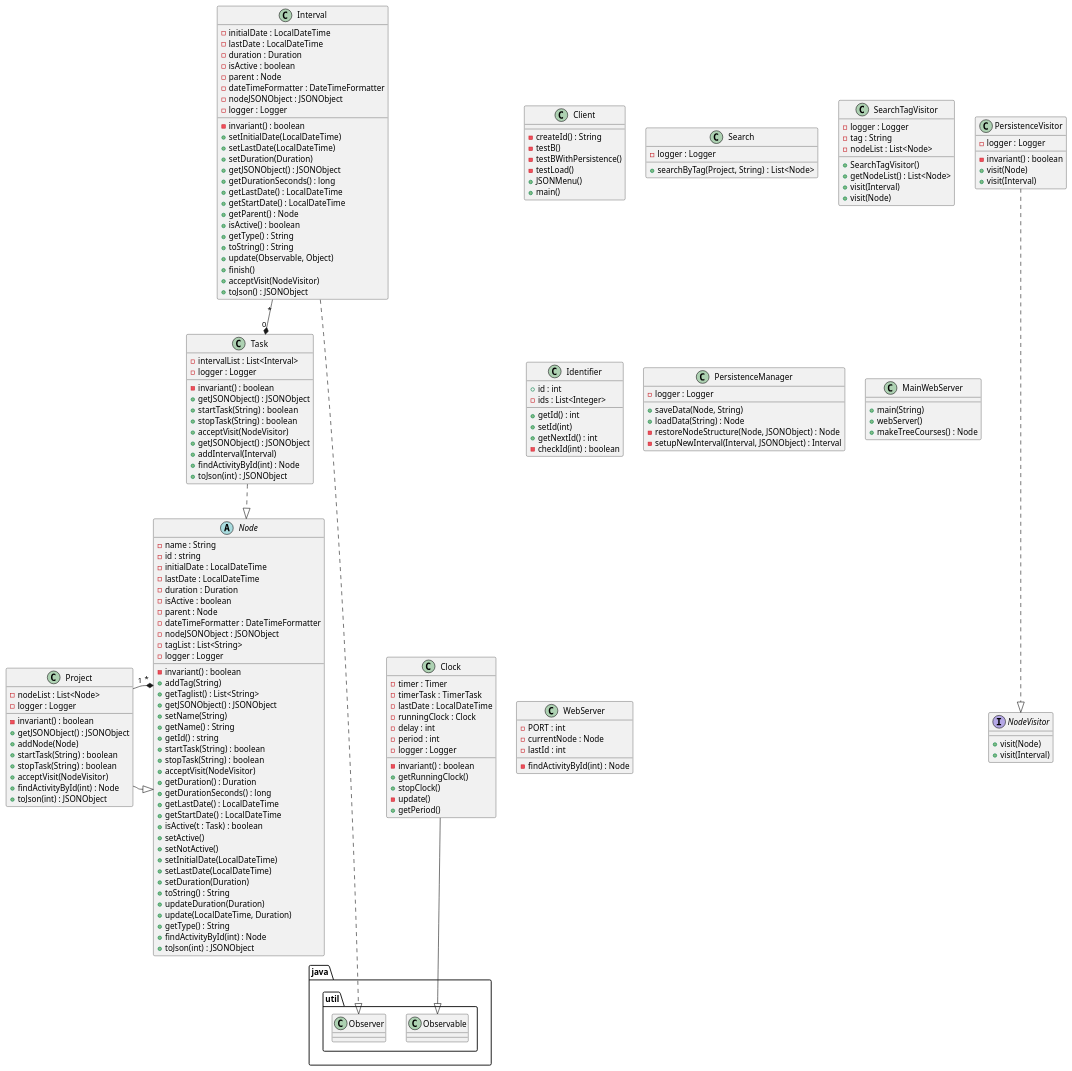
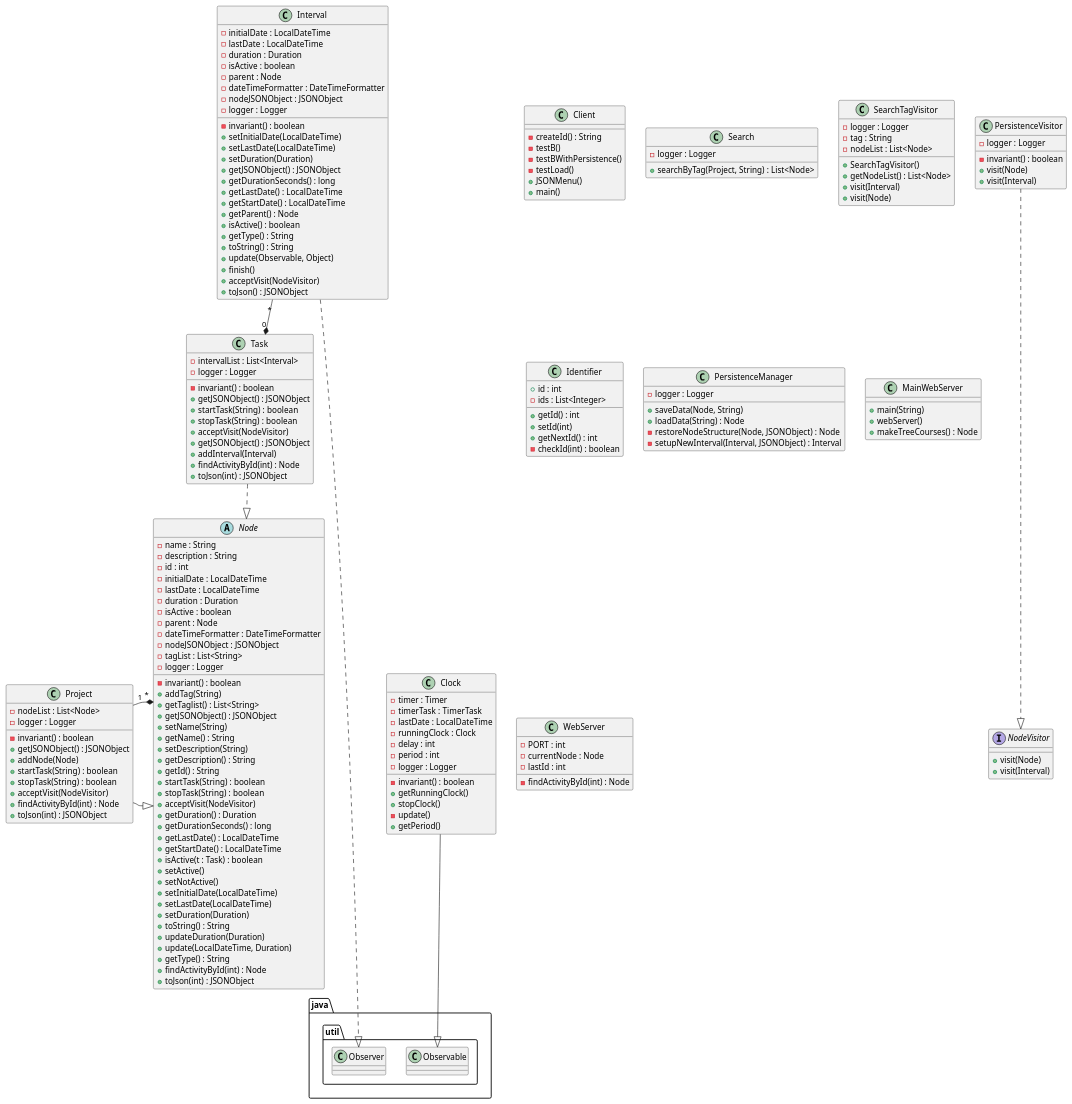
Before and after one commit to gonzaloarilla/DS_TimeTracker: the diagram in src/uml.puml, drawn with PlantUML. The commit also changed 7 other files, not shown here.

Commit message:
- Changes in classes to add Descriptions - Now we update tags when a new node is created - UML updated

```diff
--- a/src/uml.puml
+++ b/src/uml.puml
@@ -1,186 +1,189 @@
 @startuml
 class Client {
 - createId() : String
 - testB()
 - testBWithPersistence()
 - testLoad()
 + JSONMenu()
 + main()
 }
 
 class Search{
 - logger : Logger
 + searchByTag(Project, String) : List<Node>
 }
 
 class SearchTagVisitor{
 - logger : Logger
 - tag : String
 - nodeList : List<Node>
 + SearchTagVisitor()
 + getNodeList() : List<Node>
 + visit(Interval)
 + visit(Node)
 }
 
 abstract Node {
 - name : String
-- id : string
+- description : String
+- id : int
 - initialDate : LocalDateTime
 - lastDate : LocalDateTime
 - duration : Duration
 - isActive : boolean
 - parent : Node
 - dateTimeFormatter : DateTimeFormatter
 - nodeJSONObject : JSONObject
 - tagList : List<String>
 - logger : Logger
 - invariant() : boolean
 + addTag(String)
 + getTaglist() : List<String>
 + getJSONObject() : JSONObject
 + setName(String)
 + getName() : String
-+ getId() : string
++ setDescription(String)
++ getDescription() : String
++ getId() : String
 + startTask(String) : boolean
 + stopTask(String) : boolean
 + acceptVisit(NodeVisitor)
 + getDuration() : Duration
 + getDurationSeconds() : long
 + getLastDate() : LocalDateTime
 + getStartDate() : LocalDateTime
 + isActive(t : Task) : boolean
 + setActive()
 + setNotActive()
 + setInitialDate(LocalDateTime)
 + setLastDate(LocalDateTime)
 + setDuration(Duration)
 + toString() : String
 + updateDuration(Duration)
 + update(LocalDateTime, Duration)
 + getType() : String
 + findActivityById(int) : Node
 + toJson(int) : JSONObject
 
 }
 
 class Project {
 - nodeList : List<Node>
 - logger : Logger
 - invariant() : boolean
 + getJSONObject() : JSONObject
 + addNode(Node)
 + startTask(String) : boolean
 + stopTask(String) : boolean
 + acceptVisit(NodeVisitor)
 + findActivityById(int) : Node
 + toJson(int) : JSONObject
 }
 
 class Task {
 - intervalList : List<Interval>
 - logger : Logger
 - invariant() : boolean
 + getJSONObject() : JSONObject
 + startTask(String) : boolean
 + stopTask(String) : boolean
 + acceptVisit(NodeVisitor)
 + getJSONObject() : JSONObject
 + addInterval(Interval)
 + findActivityById(int) : Node
 + toJson(int) : JSONObject
 }
 
 class Interval {
 - initialDate : LocalDateTime
 - lastDate : LocalDateTime
 - duration : Duration
 - isActive : boolean
 - parent : Node
 - dateTimeFormatter : DateTimeFormatter
 - nodeJSONObject : JSONObject
 - logger : Logger
 - invariant() : boolean
 + setInitialDate(LocalDateTime)
 + setLastDate(LocalDateTime)
 + setDuration(Duration)
 + getJSONObject() : JSONObject
 + getDurationSeconds() : long
 + getLastDate() : LocalDateTime
 + getStartDate() : LocalDateTime
 + getParent() : Node
 + isActive() : boolean
 + getType() : String
 + toString() : String
 + update(Observable, Object)
 + finish()
 + acceptVisit(NodeVisitor)
 + toJson() : JSONObject
 }
 
 class Clock {
 - timer : Timer
 - timerTask : TimerTask
 - lastDate : LocalDateTime
 - runningClock : Clock
 - delay : int
 - period : int
 - logger : Logger
 - invariant() : boolean
 + getRunningClock()
 + stopClock()
 - update()
 + getPeriod()
 
 }
 
 class Identifier {
 + id : int
 - ids : List<Integer>
 + getId() : int
 + setId(int)
 + getNextId() : int
 - checkId(int) : boolean
 }
 
 class PersistenceVisitor {
 - logger : Logger
 - invariant() : boolean
 + visit(Node)
 + visit(Interval)
 }
 
 interface NodeVisitor {
 + visit(Node)
 + visit(Interval)
 }
 
 class PersistenceManager {
 - logger : Logger
 + saveData(Node, String)
 + loadData(String) : Node
 - restoreNodeStructure(Node, JSONObject) : Node
 - setupNewInterval(Interval, JSONObject) : Interval
 }
 
 class MainWebServer {
 + main(String)
 + webServer()
 + makeTreeCourses() : Node
 }
 
 class WebServer {
 - PORT : int
 - currentNode : Node
 - lastId : int
 - findActivityById(int) : Node
 }
 
 Project -|> Node
 Node "*" *-- "1" Project
 Task -.|> Node
 Clock -down-|> java.util.Observable
 Interval -.down.-|> java.util.Observer
 Interval "*" --* "0" Task
 PersistenceVisitor -.down-|> NodeVisitor
 @enduml
```
